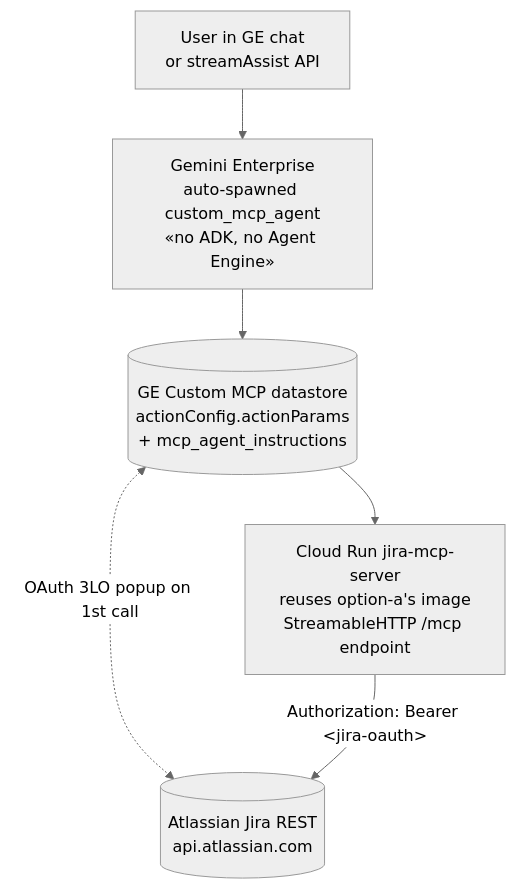
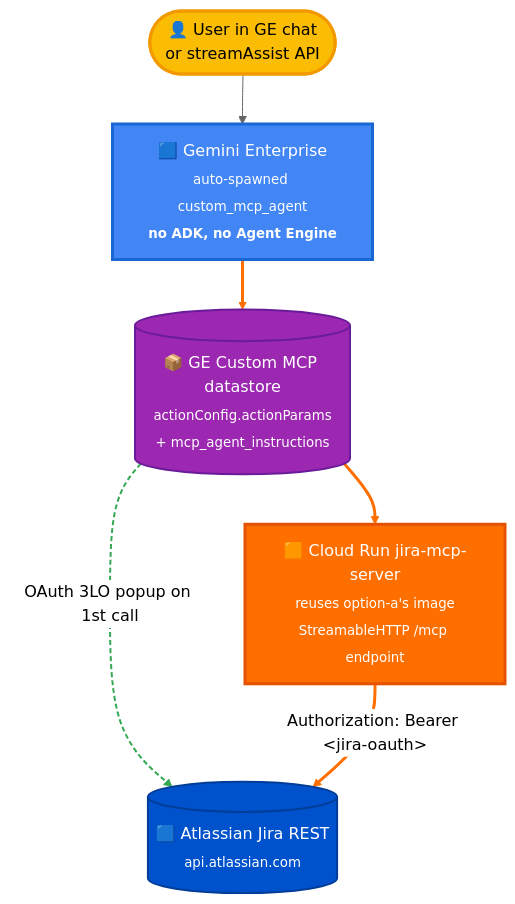
Before and after one commit to jchavezar/vertex-ai-samples: the diagram in semiautonomous-agents/atlassian-jira-integration/option-c-custom-mcp-direct/README.md, drawn with Mermaid (neutral theme). The commit also changed 5 other files, not shown here.

First line of the commit message:
docs(atlassian-jira-integration): vivid mermaid diagrams + interactive live-setup page

````diff
--- a/semiautonomous-agents/atlassian-jira-integration/option-c-custom-mcp-direct/README.md
+++ b/semiautonomous-agents/atlassian-jira-integration/option-c-custom-mcp-direct/README.md
@@ -16,14 +16,22 @@
 ```mermaid
 flowchart TB
-  user[User in GE chat<br/>or streamAssist API]
-  ge[Gemini Enterprise<br/>auto-spawned custom_mcp_agent<br/>«no ADK, no Agent Engine»]
-  store[(GE Custom MCP datastore<br/>actionConfig.actionParams<br/>+ mcp_agent_instructions)]
-  cr[Cloud Run jira-mcp-server<br/>reuses option-a's image<br/>StreamableHTTP /mcp endpoint]
-  jira[(Atlassian Jira REST<br/>api.atlassian.com)]
+  user(["👤 User in GE chat<br/>or streamAssist API"]):::user
+  ge["🟦 Gemini Enterprise<br/><sub>auto-spawned custom_mcp_agent</sub><br/><sub><b>no ADK, no Agent Engine</b></sub>"]:::ge
+  store[("📦 GE Custom MCP datastore<br/><sub>actionConfig.actionParams</sub><br/><sub>+ mcp_agent_instructions</sub>")]:::store
+  cr["🟧 Cloud Run jira-mcp-server<br/><sub>reuses option-a's image</sub><br/><sub>StreamableHTTP /mcp endpoint</sub>"]:::cr
+  jira[("🟦 Atlassian Jira REST<br/><sub>api.atlassian.com</sub>")]:::jira
 
   user --> ge
-  ge --> store
-  store <-.->|OAuth 3LO popup on 1st call| jira
-  store --> cr
-  cr -->|Authorization: Bearer &lt;jira-oauth&gt;| jira
+  ge ==> store
+  store -.->|OAuth 3LO popup on 1st call| jira
+  store ==> cr
+  cr ==>|Authorization: Bearer &lt;jira-oauth&gt;| jira
+
+  classDef user fill:#FBBC04,stroke:#F29900,stroke-width:3px,color:#000
+  classDef ge fill:#4285F4,stroke:#1967D2,stroke-width:3px,color:#fff
+  classDef store fill:#9C27B0,stroke:#6A1B9A,stroke-width:2px,color:#fff
+  classDef cr fill:#FF6F00,stroke:#E65100,stroke-width:3px,color:#fff
+  classDef jira fill:#0052CC,stroke:#003D99,stroke-width:2px,color:#fff
+  linkStyle 1,3,4 stroke:#FF6F00,stroke-width:3px
+  linkStyle 2 stroke:#34A853,stroke-width:2px,stroke-dasharray:5 3
 ```
````
